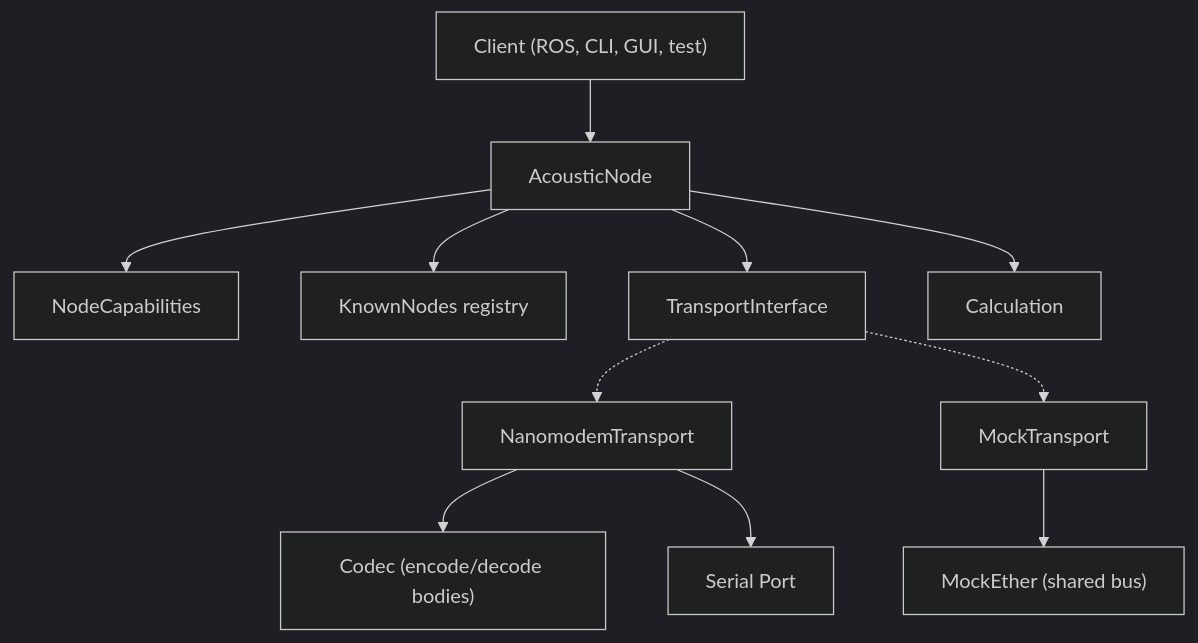
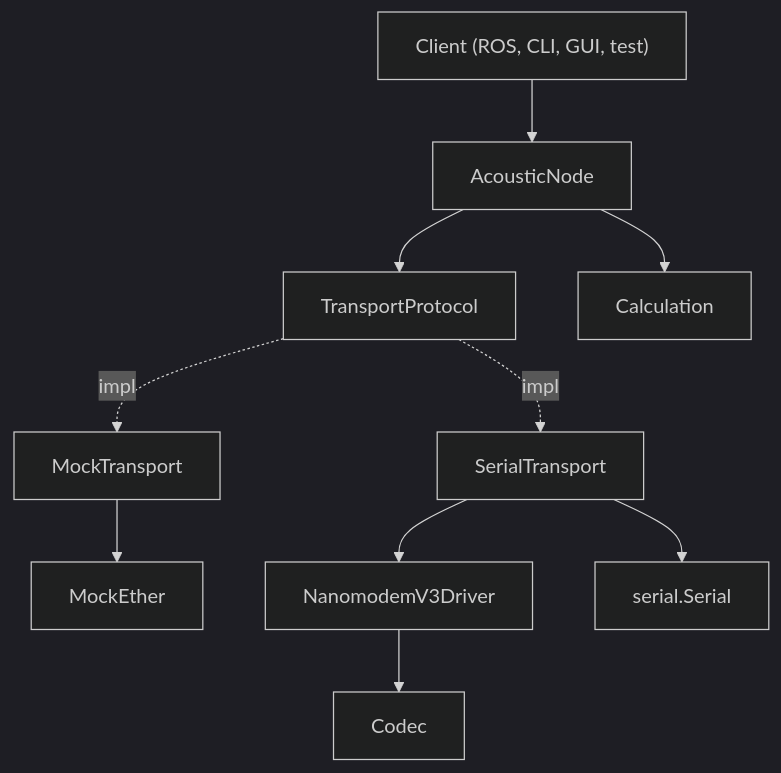
One commit to foxpoint-se/nanomodem-python changed the diagram in README.md. Above: the diagram before and after it, drawn with Mermaid (dark theme). The commit also changed other lines of this file and 21 other files, not shown here.

````diff
--- a/README.md
+++ b/README.md
@@ -32,25 +37,23 @@
 ```mermaid
 graph TD
     Client["Client (ROS, CLI, GUI, test)"]
     Node["AcousticNode"]
-    Caps["NodeCapabilities"]
-    Registry["KnownNodes registry"]
-    Transport["TransportInterface"]
+    TP["TransportProtocol"]
     Calc["Calculation"]
-    NanoTransport["NanomodemTransport"]
-    Codec["Codec (encode/decode bodies)"]
-    MockTransport["MockTransport"]
-    MockEther["MockEther (shared bus)"]
-    Serial["Serial Port"]
+    MockT["MockTransport"]
+    MockE["MockEther"]
+    SerialT["SerialTransport"]
+    Driver["NanomodemV3Driver"]
+    CodecV3["Codec"]
+    Serial["serial.Serial"]
 
     Client --> Node
-    Node --> Caps
-    Node --> Registry
-    Node --> Transport
+    Node --> TP
     Node --> Calc
-    Transport -.-> NanoTransport
-    Transport -.-> MockTransport
-    NanoTransport --> Codec
-    NanoTransport --> Serial
-    MockTransport --> MockEther
+    TP -.->|"impl"| MockT
+    TP -.->|"impl"| SerialT
+    MockT --> MockE
+    SerialT --> Driver
+    SerialT --> Serial
+    Driver --> CodecV3
 ```
````
